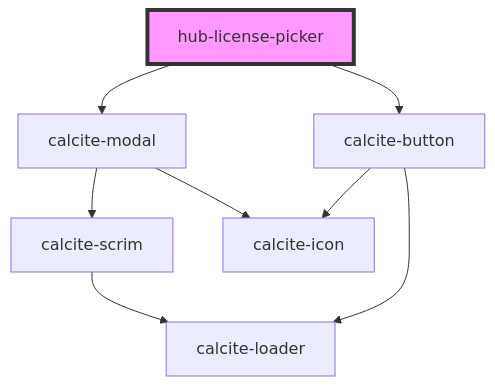
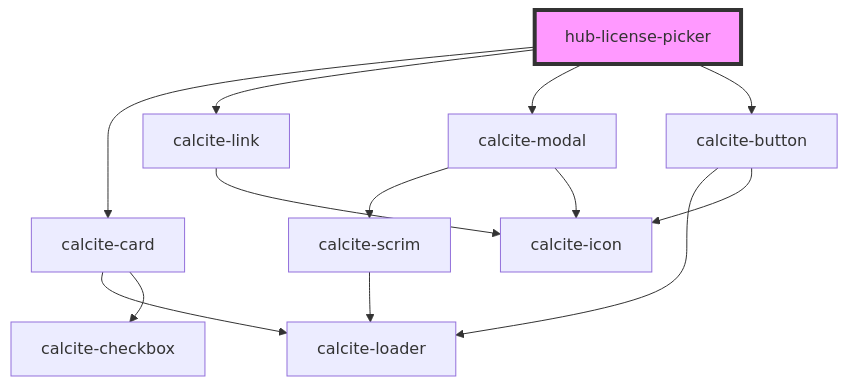
One commit to esridc/hub-components-experiments changed the diagram in src/components/blocks/hub-license-picker/readme.md. Above: the diagram before and after it, drawn with Mermaid. The commit also changed other lines of this file and 3 other files, not shown here.

Commit message:
Updated license picker with recommended licenses

````diff
--- a/src/components/blocks/hub-license-picker/readme.md
+++ b/src/components/blocks/hub-license-picker/readme.md
@@ -16,11 +25,16 @@
 ```mermaid
 graph TD;
+  hub-license-picker --> calcite-card
+  hub-license-picker --> calcite-link
   hub-license-picker --> calcite-modal
   hub-license-picker --> calcite-button
+  calcite-card --> calcite-loader
+  calcite-card --> calcite-checkbox
+  calcite-link --> calcite-icon
   calcite-modal --> calcite-scrim
   calcite-modal --> calcite-icon
   calcite-scrim --> calcite-loader
   calcite-button --> calcite-loader
   calcite-button --> calcite-icon
   style hub-license-picker fill:#f9f,stroke:#333,stroke-width:4px
 ```
````
